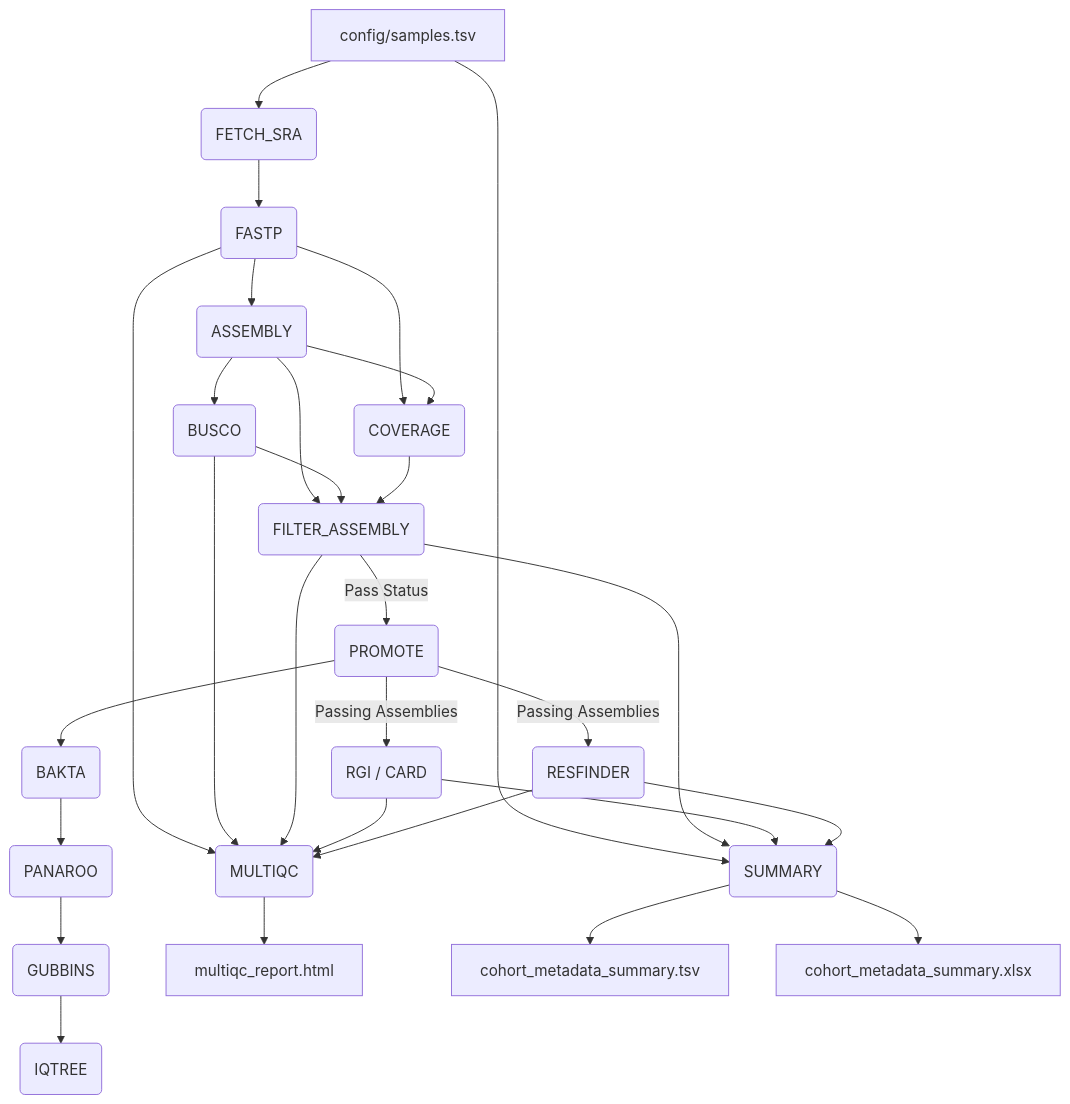
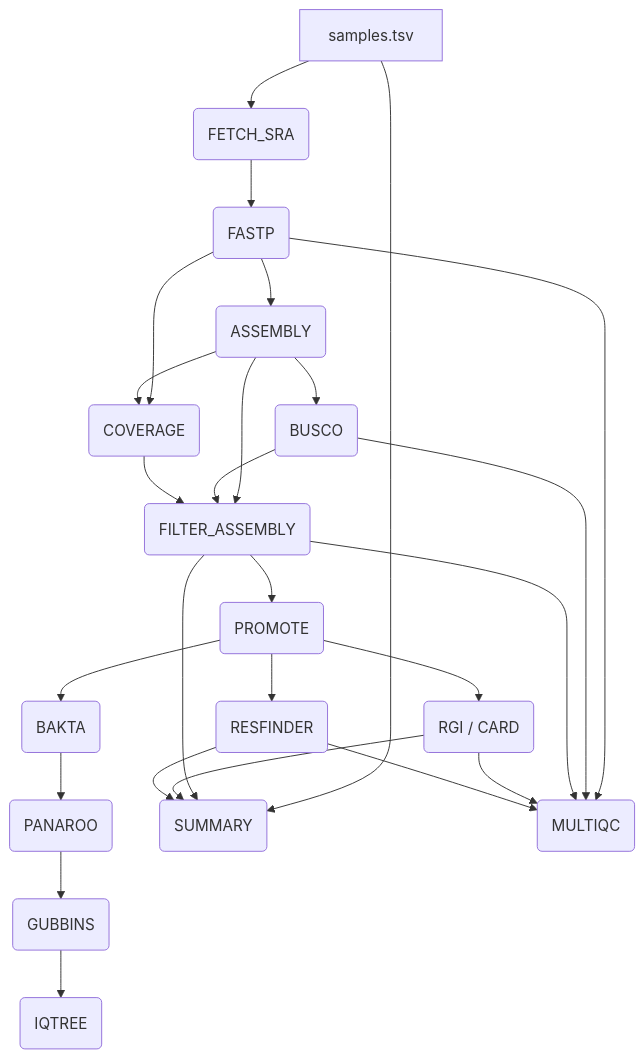
The diagram in README.md (hasibulhossainsau-netizen/blaCTX_pipeline), drawn with Mermaid before and after one commit. The commit also changed other lines of this file and 1 other file, not shown here.

````diff
--- a/README.md
+++ b/README.md
@@ -17,21 +14,11 @@
 ```mermaid
 graph TD
-    A[config/samples.tsv] --> B(FETCH_SRA)
-    B --> D(FASTP)
-    D --> E(ASSEMBLY)
+    A[samples.tsv] --> B(FETCH_SRA) --> D(FASTP) --> E(ASSEMBLY)
     E --> F(BUSCO)
     D & E --> G(COVERAGE)
-    E & F & G --> H(FILTER_ASSEMBLY)
-    H -- Pass Status --> I(PROMOTE)
-    I -- Passing Assemblies --> J(RGI / CARD)
-    I -- Passing Assemblies --> K(RESFINDER)
-    I --> Q(BAKTA)
-    Q --> R(PANAROO)
-    R --> S(GUBBINS)
-    S --> T(IQTREE)
+    E & F & G --> H(FILTER_ASSEMBLY) --> I(PROMOTE)
+    I --> J(RGI / CARD) & K(RESFINDER)
+    I --> Q(BAKTA) --> R(PANAROO) --> S(GUBBINS) --> T(IQTREE)
     A & H & J & K --> L(SUMMARY)
     D & F & H & J & K --> O(MULTIQC)
-    O --> P[multiqc_report.html]
-    L --> M[cohort_metadata_summary.tsv]
-    L --> N[cohort_metadata_summary.xlsx] 
-``` 
+```
````
